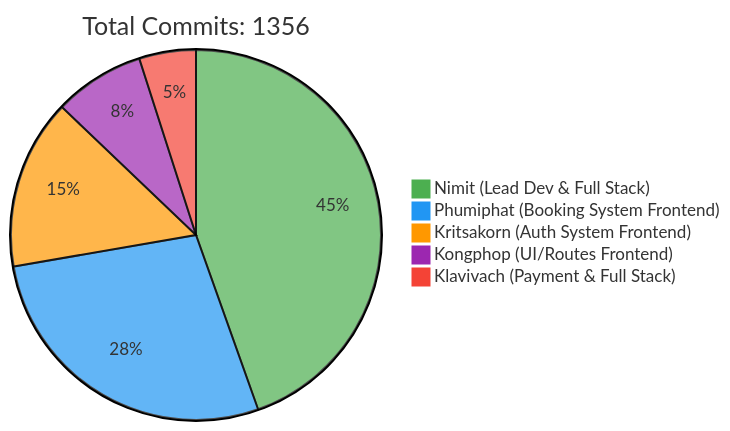
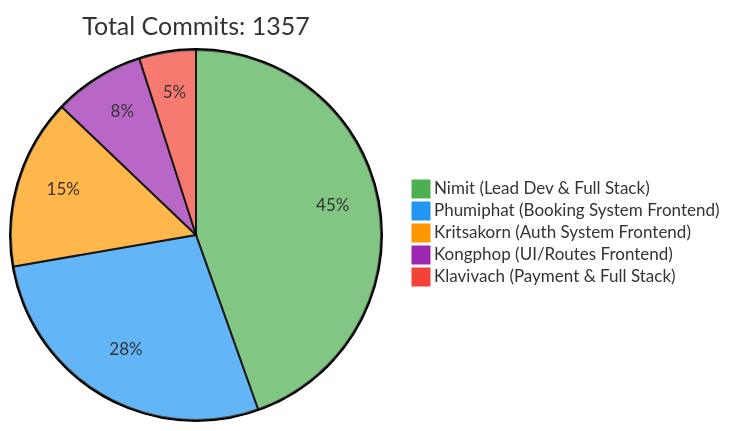
Before and after one commit to 6531503042/Sport-Complex: the first of 2 diagrams in README.md, drawn with Mermaid. The commit also changed other lines of this file, not shown here.

Commit message:
docs: Update contributor statistics [skip ci]

````diff
--- a/README.md
+++ b/README.md
@@ -257,10 +257,10 @@
 ```mermaid
 %%{init: {'theme': 'base', 'themeVariables': { 'pie1': '#4CAF50', 'pie2': '#2196F3', 'pie3': '#FF9800', 'pie4': '#9C27B0', 'pie5': '#F44336'}}}%%
 pie
-    title Total Commits: 1356
+    title Total Commits: 1357
     "Nimit (Lead Dev & Full Stack)" : 450
     "Phumiphat (Booking System Frontend)" : 280
     "Kritsakorn (Auth System Frontend)" : 150
     "Kongphop (UI/Routes Frontend)" : 80
     "Klavivach (Payment & Full Stack)" : 50
 ```
````
